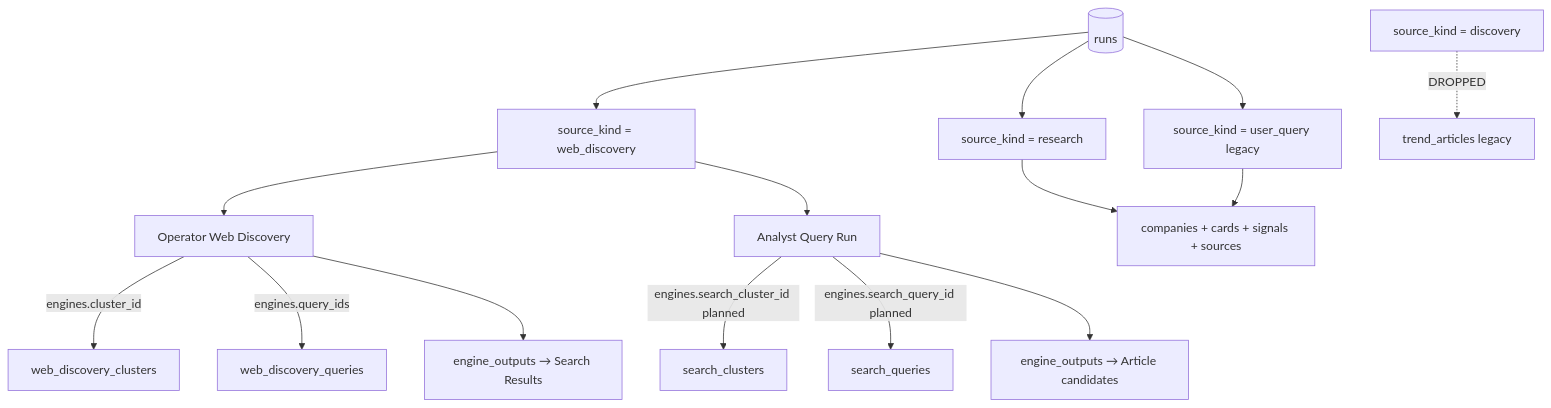
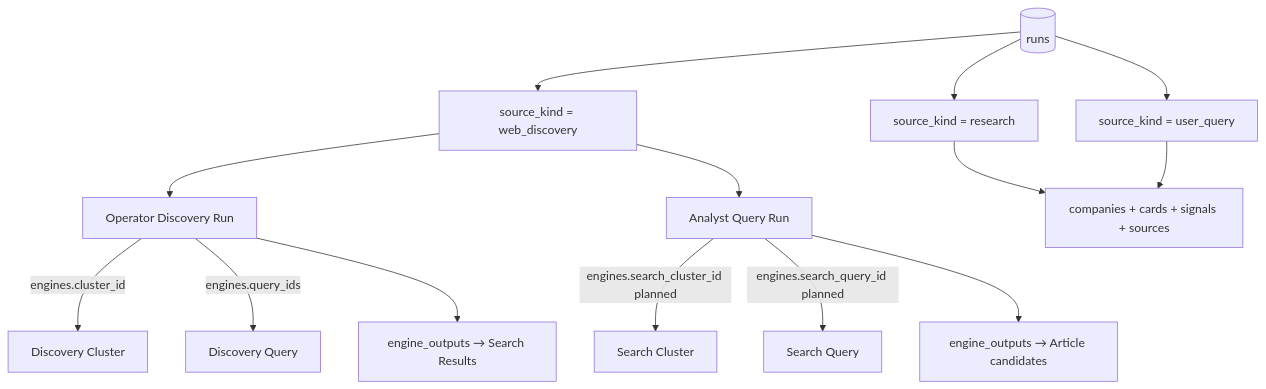
One commit to Growth-Maschine/NORAD-INTEL-ENGINE-V1 changed the seventh of 10 diagrams in docs/phase-1/P1-04-admin.md. Above: the diagram before and after it, drawn with Mermaid. The commit also changed other lines of this file and 9 other files, not shown here.

````diff
--- a/docs/phase-1/P1-04-admin.md
+++ b/docs/phase-1/P1-04-admin.md
@@ -829,24 +841,22 @@
 ```mermaid
 flowchart TD
     RUNS[(runs)]
 
     RUNS --> WD[source_kind = web_discovery]
     RUNS --> RS[source_kind = research]
-    RUNS --> UQ[source_kind = user_query legacy]
+    RUNS --> UQ[source_kind = user_query]
 
-    WD --> WDO[Operator Web Discovery]
+    WD --> OPR[Operator Discovery Run]
     WD --> ANA[Analyst Query Run]
 
-    WDO --> |engines.cluster_id| WDC[web_discovery_clusters]
-    WDO --> |engines.query_ids| WDQ[web_discovery_queries]
-    WDO --> OUT1[engine_outputs → Search Results]
+    OPR --> |engines.cluster_id| DC[Discovery Cluster]
+    OPR --> |engines.query_ids| DQ[Discovery Query]
+    OPR --> OUT1[engine_outputs → Search Results]
 
-    ANA --> |engines.search_cluster_id planned| SC[search_clusters]
-    ANA --> |engines.search_query_id planned| SQ[search_queries]
+    ANA --> |engines.search_cluster_id planned| SC[Search Cluster]
+    ANA --> |engines.search_query_id planned| SQ[Search Query]
     ANA --> OUT2[engine_outputs → Article candidates]
 
     RS --> OUT3[companies + cards + signals + sources]
     UQ --> OUT3
-
-    DISC[source_kind = discovery] -.->|DROPPED| TA[trend_articles legacy]
 ```
````
